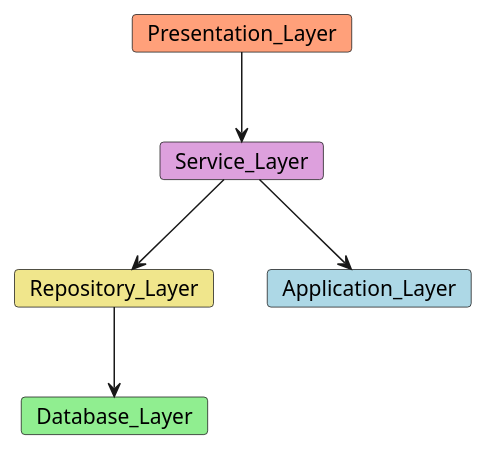
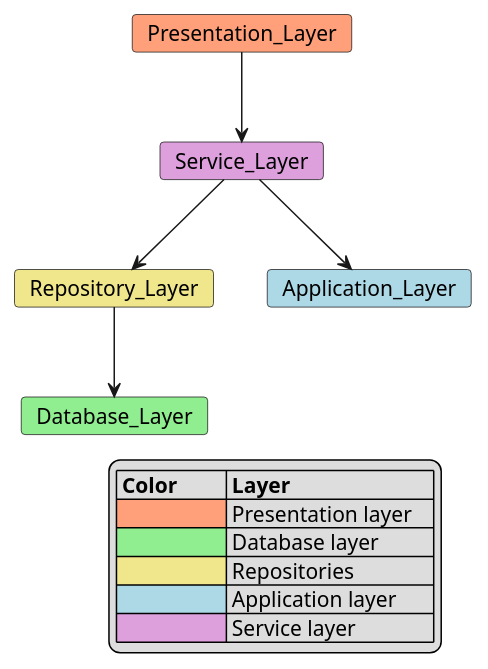
Before and after one commit to Uhgtred/Recipe_Shopping_List: the diagram in Architecture/General/Layers.puml, drawn with PlantUML. The commit also changed 8 other files, not shown here.

```diff
--- a/Architecture/General/Layers.puml
+++ b/Architecture/General/Layers.puml
@@ -1,21 +1,30 @@
 @startuml
 
 ' Layers:
 card Presentation_Layer #lightsalmon
 card Service_Layer #plum
 card Repository_Layer #khaki
 card Application_Layer #lightblue
 card Database_Layer #lightgreen
 
 ' Dependencies:
 ' Note:
 ' Layers that point towards another layer are dependant on the layer they are pointing towards!
 ' Application_Layer is supposed to have no dependencies on any of the other layers.
 ' Layers shall only depend on the layers underneath not above (same level is okay).
 Presentation_Layer --> Service_Layer
 
 Service_Layer --> Repository_Layer
 Service_Layer --> Application_Layer
 
 Repository_Layer --> Database_Layer
+
+legend bottom right
+| **Color**         | **Layer**             |
+| <#lightsalmon>    | Presentation layer    |
+| <#lightgreen>     | Database layer        |
+| <#khaki>          | Repositories          |
+| <#lightblue>      | Application layer     |
+| <#plum>           | Service layer         |
+end legend
 @enduml
```
